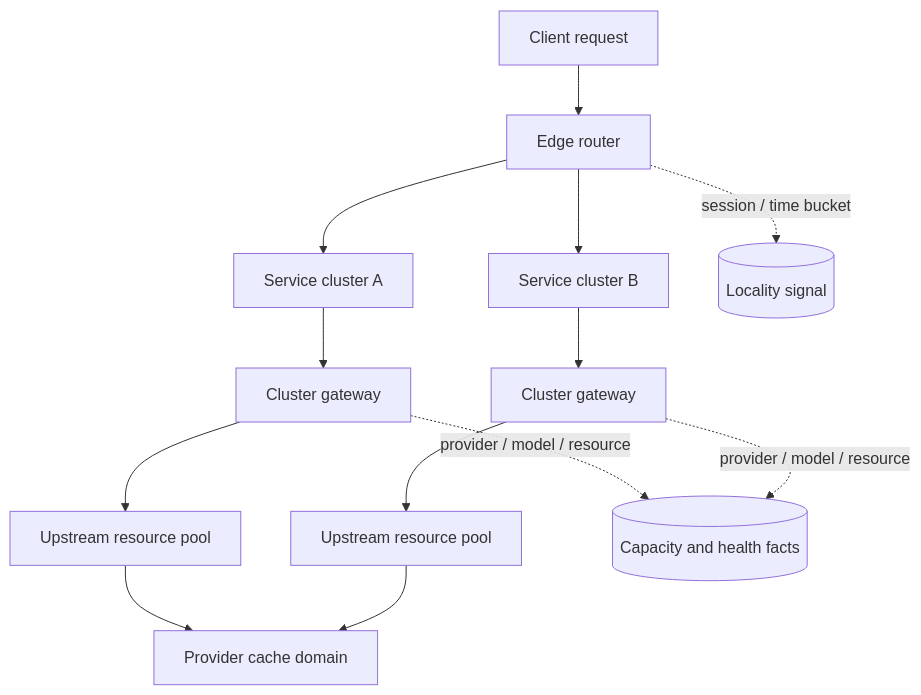
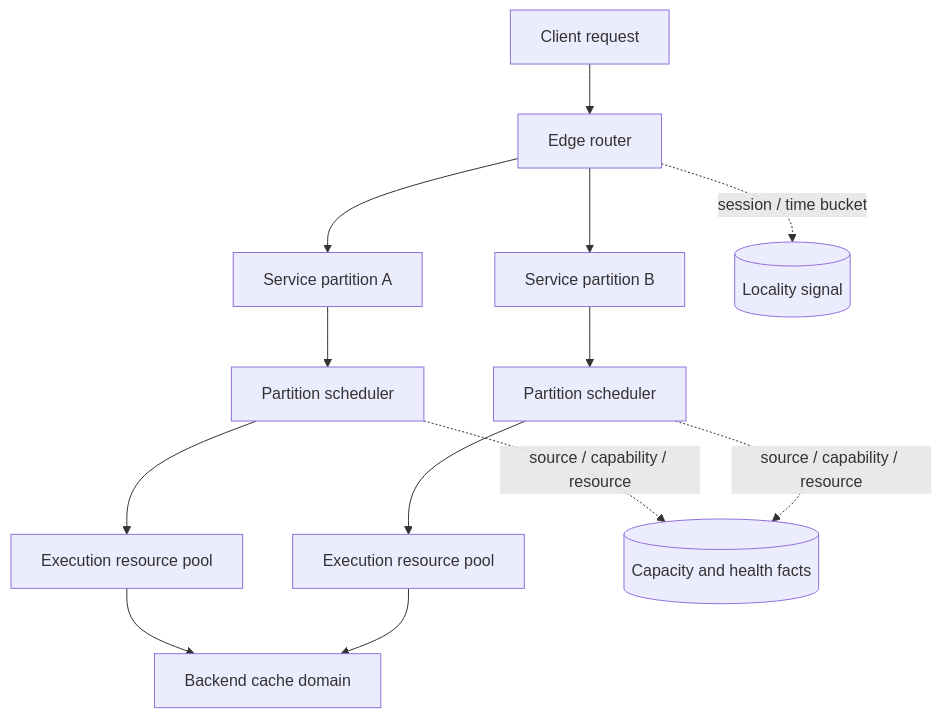
Before and after one commit to Liyuk/liyuk.github.io: the first of 3 diagrams in src/content/writing/2026/08/cache-optimization-and-locality/zh.md, drawn with Mermaid. The commit also changed other lines of this file and 11 other files, not shown here.

````diff
--- a/src/content/writing/2026/08/cache-optimization-and-locality/zh.md
+++ b/src/content/writing/2026/08/cache-optimization-and-locality/zh.md
@@ -29,15 +30,15 @@
 ```mermaid
 flowchart TB
     A[Client request] --> B[Edge router]
-    B --> C1[Service cluster A]
-    B --> C2[Service cluster B]
-    C1 --> D1[Cluster gateway]
-    C2 --> D2[Cluster gateway]
-    D1 --> E1[Upstream resource pool]
-    D2 --> E2[Upstream resource pool]
-    E1 --> F[Provider cache domain]
+    B --> C1[Service partition A]
+    B --> C2[Service partition B]
+    C1 --> D1[Partition scheduler]
+    C2 --> D2[Partition scheduler]
+    D1 --> E1[Execution resource pool]
+    D2 --> E2[Execution resource pool]
+    E1 --> F[Backend cache domain]
     E2 --> F
     B -. session / time bucket .-> G[(Locality signal)]
-    D1 -. provider / model / resource .-> H[(Capacity and health facts)]
-    D2 -. provider / model / resource .-> H
+    D1 -. source / capability / resource .-> H[(Capacity and health facts)]
+    D2 -. source / capability / resource .-> H
 ```
````
